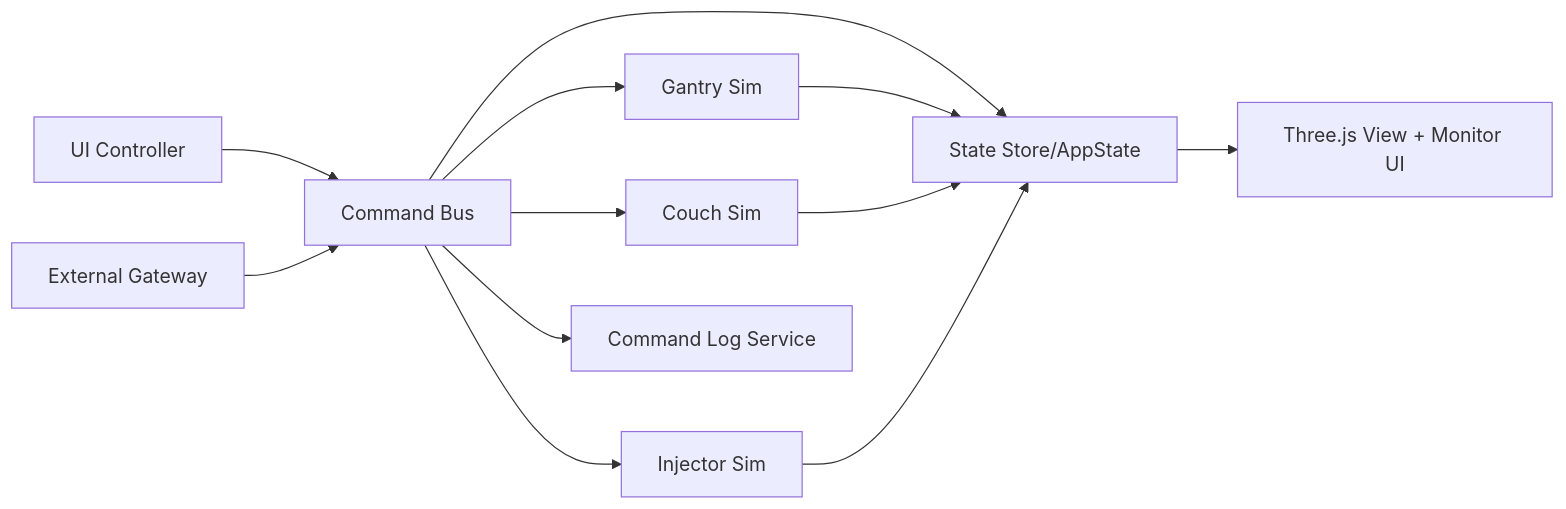
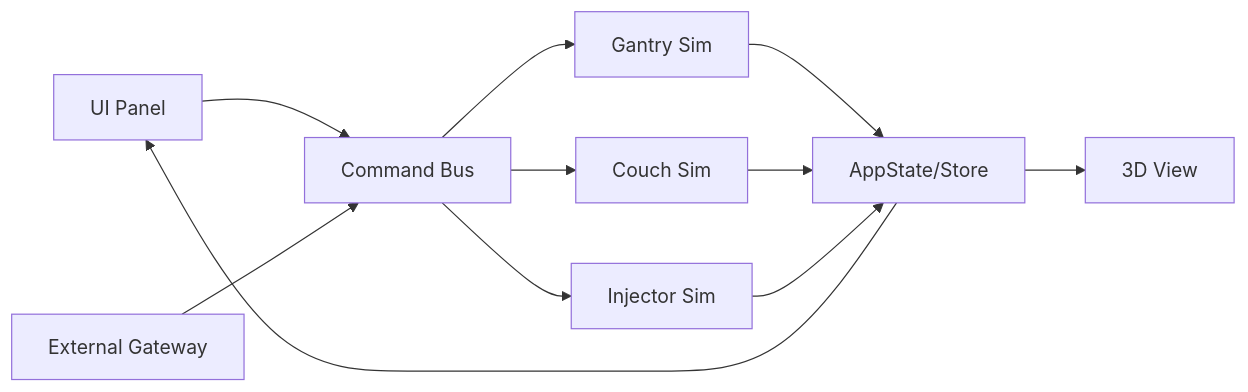
Before and after one commit to yskforest/sim_stream: the diagram in README.md, drawn with Mermaid. The commit also changed other lines of this file and 4 other files, not shown here.

````diff
--- a/README.md
+++ b/README.md
@@ -37,14 +37,13 @@
 ```mermaid
 flowchart LR
-  UI[UI Controller] --> BUS[Command Bus]
+  UI[UI Panel] --> BUS[Command Bus]
   EXT[External Gateway] --> BUS
-  BUS --> GANTRY[Gantry Sim]
-  BUS --> COUCH[Couch Sim]
-  BUS --> INJ[Injector Sim]
-  BUS --> STORE[State Store/AppState]
-  GANTRY --> STORE
-  COUCH --> STORE
-  INJ --> STORE
-  STORE --> VIEW[Three.js View + Monitor UI]
-  BUS --> LOG[Command Log Service]
+  BUS --> HW1[Gantry Sim]
+  BUS --> HW2[Couch Sim]
+  BUS --> HW3[Injector Sim]
+  HW1 --> ST[AppState/Store]
+  HW2 --> ST
+  HW3 --> ST
+  ST --> UI
+  ST --> V[3D View]
 ```
````
